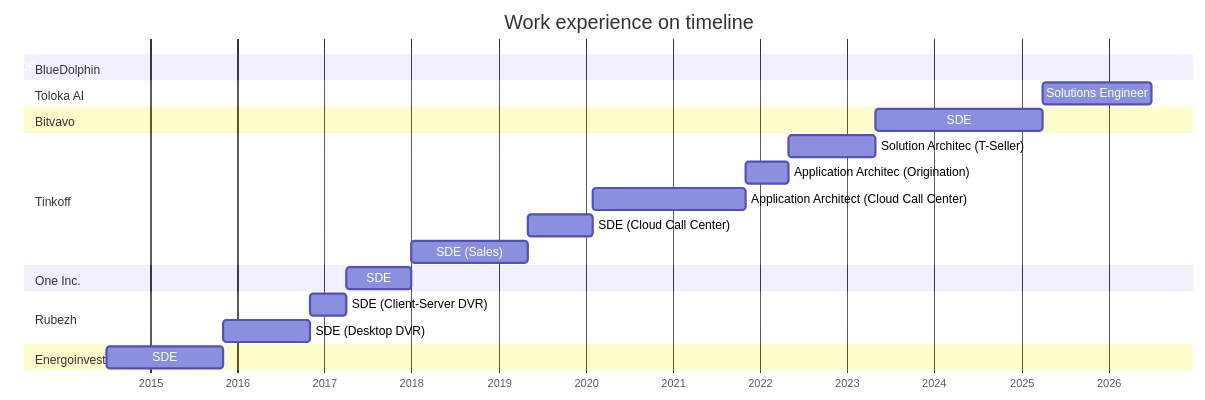
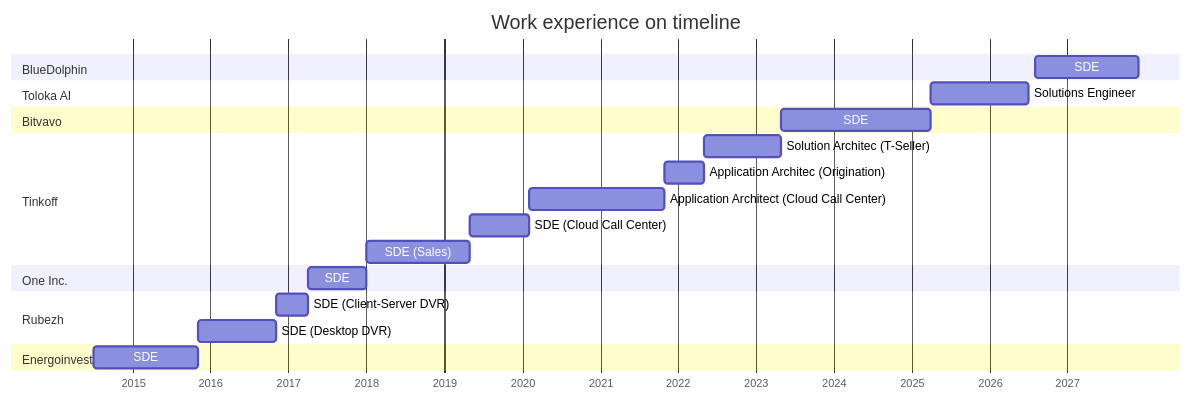
One commit to vladar107/vladar107 changed the diagram in cv.md. Above: the diagram before and after it, drawn with Mermaid.

Commit message:
Update SDE date range in cv.md

````diff
--- a/cv.md
+++ b/cv.md
@@ -26,33 +26,33 @@
 ```mermaid
 gantt
     title Work experience on timeline
     dateFormat  YYYY-MM
     axisFormat  %Y
     todayMarker stroke-width:5px, opacity:0.75
 
     section BlueDolphin
-    SDE                                 :sd8, after se1, 2026-12
+    SDE                                 :sd8, 2026-08, 2027-12
 
     section Toloka AI
     Solutions Engineer                  :se1, after sd7, 2026-07
 
     section Bitvavo
     SDE                                 :sd7, after tl3, 2025-04
 
     section Tinkoff
     Solution Architec (T-Seller)        :tl3, after tl2, 2023-05
     Application Architec (Origination)  :tl2, after tl1, 2022-05
     Application Architect (Cloud Call Center)    :tl1, after sd6, 2021-11
     SDE (Cloud Call Center)             :sd6, after sd5, 2020-02
     SDE (Sales)                         :sd5, after sd4, 2019-05
 
     section One Inc.
     SDE                                 :sd4, after sd3, 2018-01
 
     section Rubezh
     SDE (Client-Server DVR)             :sd3, after sd2, 2017-04
     SDE (Desktop DVR)                   :sd2, after sd1, 2016-11
 
     section Energoinvest
     SDE                                 :sd1, 2014-07, 2015-11
 ```
````
